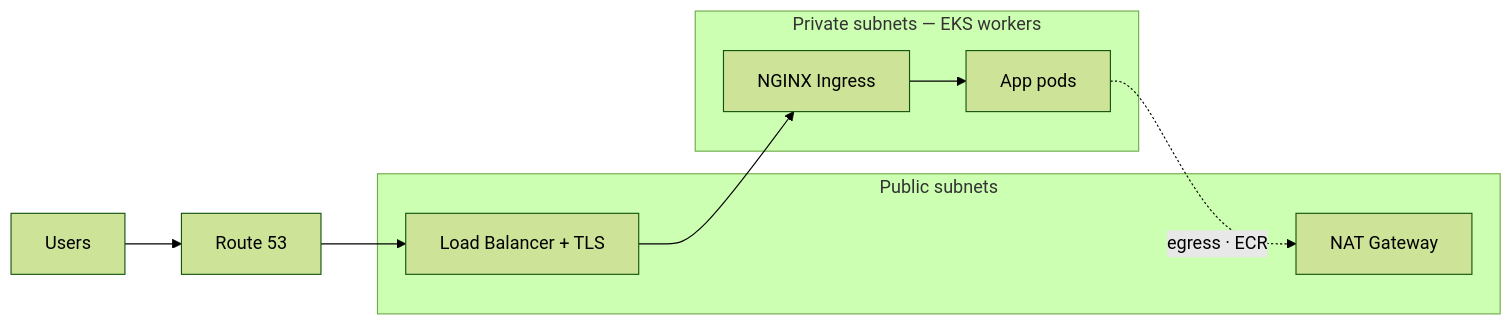
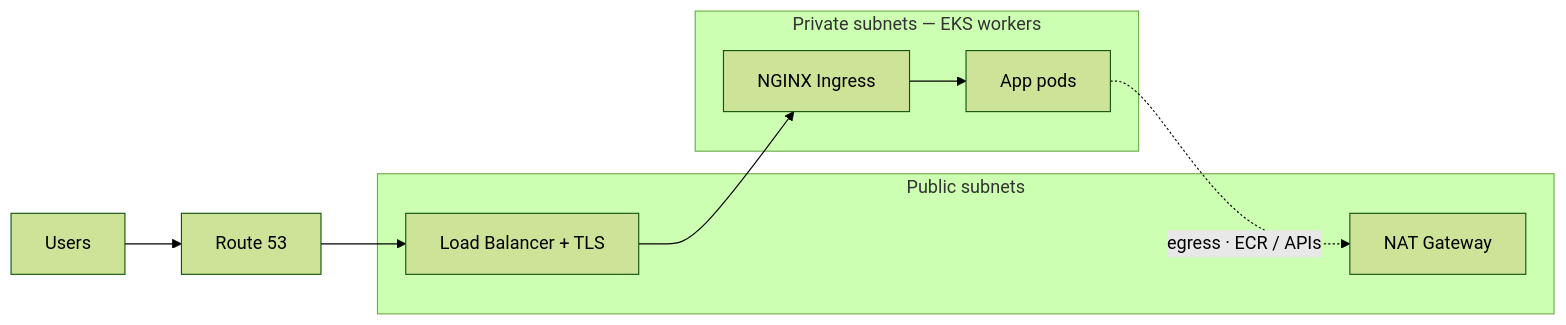
One commit to QRify-platform/.github changed the third of 3 diagrams in profile/README.md. Above: the diagram before and after it, drawn with Mermaid (forest theme). The commit also changed other lines of this file, not shown here.

````diff
--- a/profile/README.md
+++ b/profile/README.md
@@ -89,19 +107,19 @@
 ```mermaid
 flowchart LR
   U[Users] --> DNS[Route 53]
   DNS --> LB[Load Balancer + TLS]
   LB --> ING[NGINX Ingress]
   ING --> PODS[App pods]
 
   subgraph public["Public subnets"]
     LB
     NAT[NAT Gateway]
   end
 
   subgraph private["Private subnets — EKS workers"]
     ING
     PODS
   end
 
-  PODS -.->|egress · ECR| NAT
+  PODS -.->|egress · ECR / APIs| NAT
 ```
````
